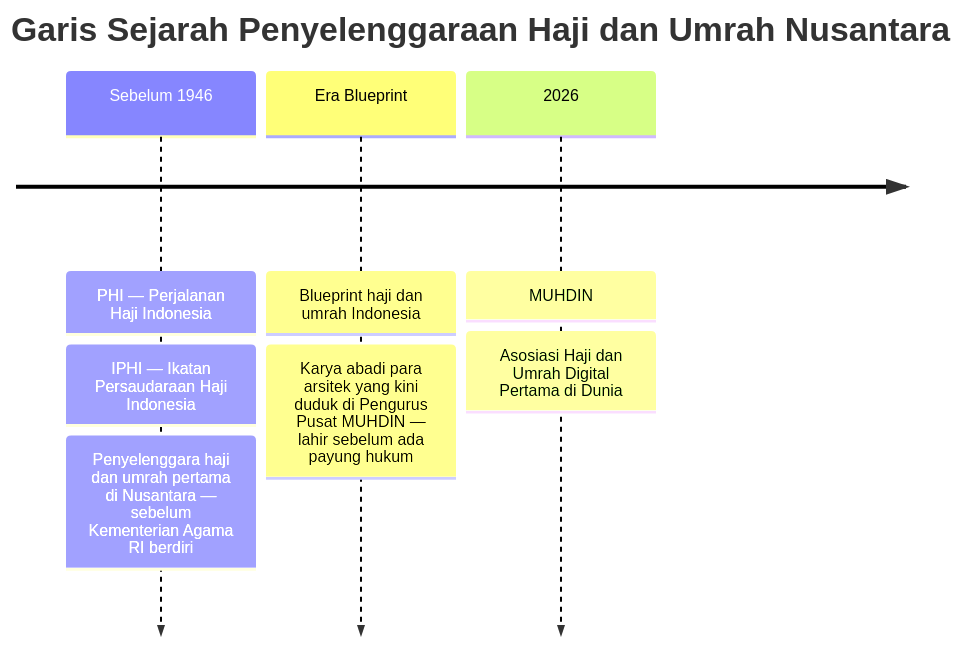
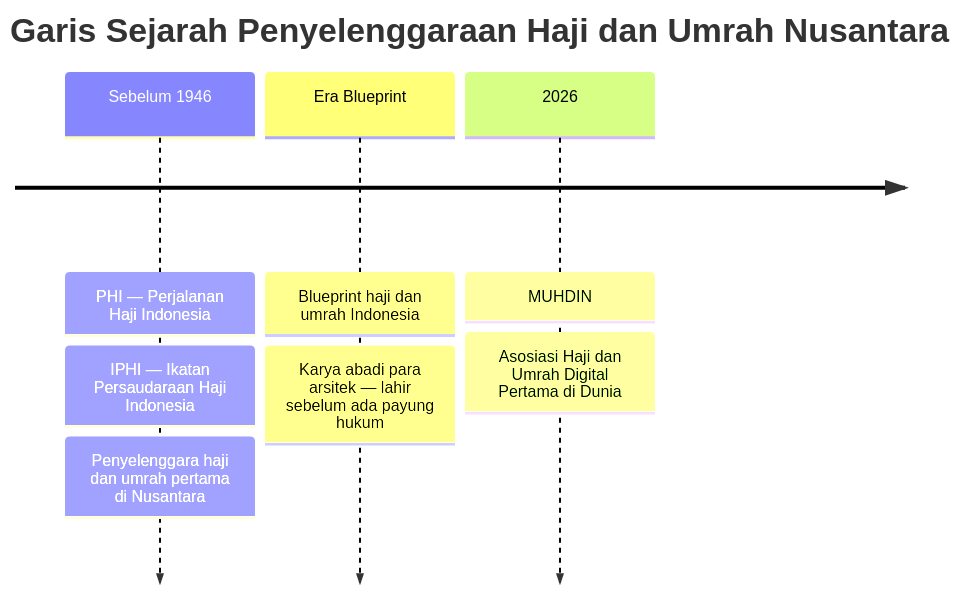
Before and after one commit to prabudanling/muhdin: the first of 9 diagrams in README.md, drawn with Mermaid. The commit also changed other lines of this file and 54 other files, not shown here.

````diff
--- a/README.md
+++ b/README.md
@@ -116,7 +87,7 @@
 ```mermaid
 timeline
     title Garis Sejarah Penyelenggaraan Haji dan Umrah Nusantara
-    Sebelum 1946 : PHI — Perjalanan Haji Indonesia : IPHI — Ikatan Persaudaraan Haji Indonesia : Penyelenggara haji dan umrah pertama di Nusantara — sebelum Kementerian Agama RI berdiri
-    Era Blueprint : Blueprint haji dan umrah Indonesia : Karya abadi para arsitek yang kini duduk di Pengurus Pusat MUHDIN — lahir sebelum ada payung hukum
+    Sebelum 1946 : PHI — Perjalanan Haji Indonesia : IPHI — Ikatan Persaudaraan Haji Indonesia : Penyelenggara haji dan umrah pertama di Nusantara
+    Era Blueprint : Blueprint haji dan umrah Indonesia : Karya abadi para arsitek — lahir sebelum ada payung hukum
     2026 : MUHDIN : Asosiasi Haji dan Umrah Digital Pertama di Dunia
 ```
````
